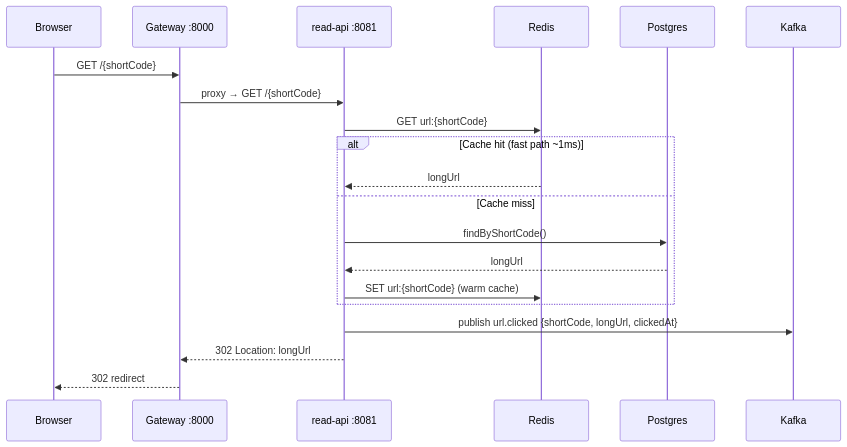
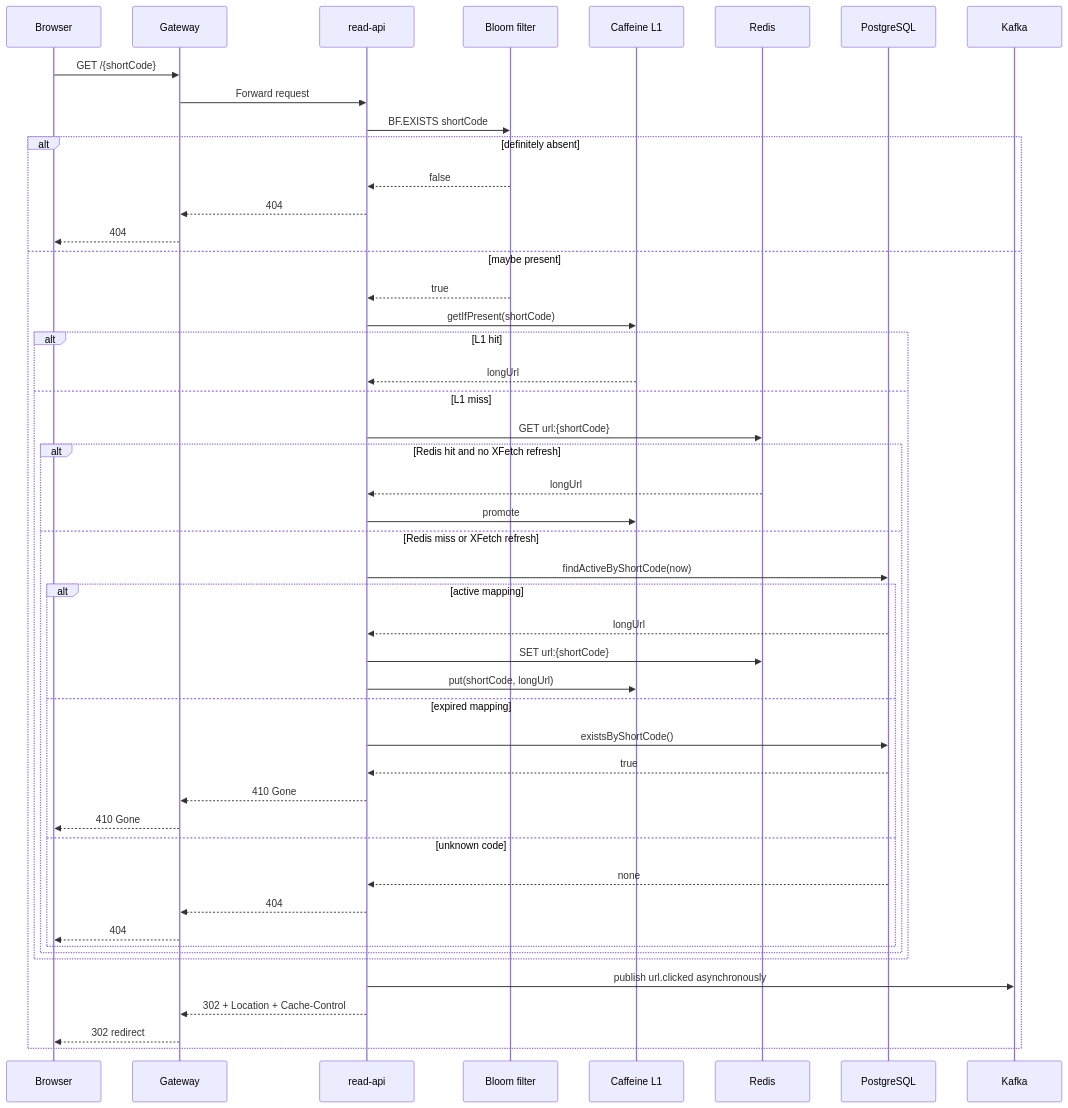
One commit to hemantkgupta/url-shortener-java changed the third of 7 diagrams in docs/architecture.md. Above: the diagram before and after it, drawn with Mermaid. The commit also changed other lines of this file and 5 other files, not shown here.

Commit message:
[wiki:update] docs: sync HyperShort docs and redirect caching

````diff
--- a/docs/architecture.md
+++ b/docs/architecture.md
@@ -111,23 +145,53 @@
 ```mermaid
 sequenceDiagram
     participant B as Browser
-    participant G as Gateway :8000
-    participant RA as read-api :8081
+    participant G as Gateway
+    participant RA as read-api
+    participant BF as Bloom filter
+    participant L1 as Caffeine L1
     participant R as Redis
-    participant DB as Postgres
+    participant DB as PostgreSQL
     participant K as Kafka
 
     B->>G: GET /{shortCode}
-    G->>RA: proxy → GET /{shortCode}
-    RA->>R: GET url:{shortCode}
-    alt Cache hit (fast path ~1ms)
-        R-->>RA: longUrl
-    else Cache miss
-        RA->>DB: findByShortCode()
-        DB-->>RA: longUrl
-        RA->>R: SET url:{shortCode} (warm cache)
+    G->>RA: Forward request
+    RA->>BF: BF.EXISTS shortCode
+
+    alt definitely absent
+        BF-->>RA: false
+        RA-->>G: 404
+        G-->>B: 404
+    else maybe present
+        BF-->>RA: true
+        RA->>L1: getIfPresent(shortCode)
+        alt L1 hit
+            L1-->>RA: longUrl
+        else L1 miss
+            RA->>R: GET url:{shortCode}
+            alt Redis hit and no XFetch refresh
+                R-->>RA: longUrl
+                RA->>L1: promote
+            else Redis miss or XFetch refresh
+                RA->>DB: findActiveByShortCode(now)
+                alt active mapping
+                    DB-->>RA: longUrl
+                    RA->>R: SET url:{shortCode}
+                    RA->>L1: put(shortCode, longUrl)
+                else expired mapping
+                    RA->>DB: existsByShortCode()
+                    DB-->>RA: true
+                    RA-->>G: 410 Gone
+                    G-->>B: 410 Gone
+                else unknown code
+                    DB-->>RA: none
+                    RA-->>G: 404
+                    G-->>B: 404
+                end
+            end
+        end
+
+        RA->>K: publish url.clicked asynchronously
+        RA-->>G: 302 + Location + Cache-Control
+        G-->>B: 302 redirect
     end
-    RA->>K: publish url.clicked {shortCode, longUrl, clickedAt}
-    RA-->>G: 302 Location: longUrl
-    G-->>B: 302 redirect
 ```
````
